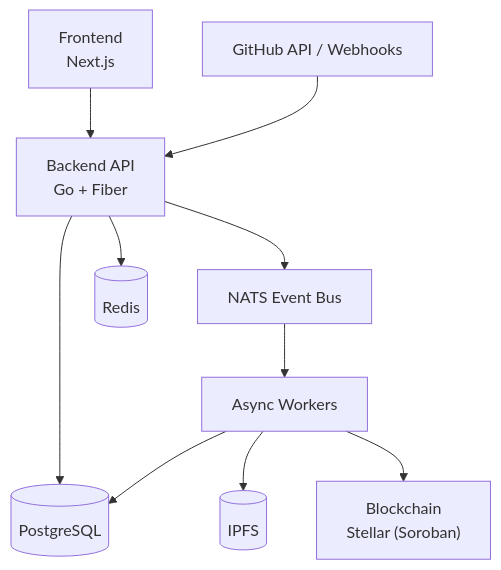
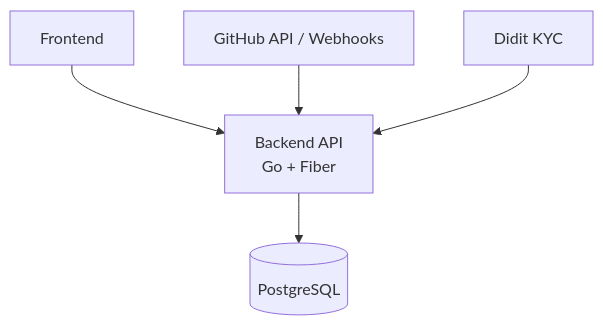
Before and after one commit to Grainlify/Grainlify-Backend: the diagram in README.md, drawn with Mermaid. The commit also changed other lines of this file and 19 other files, not shown here.

````diff
--- a/README.md
+++ b/README.md
@@ -36,23 +35,14 @@
 ```mermaid
 flowchart TB
 
-    FE["Frontend<br>Next.js"]
+    FE["Frontend"]
     API["Backend API<br>Go + Fiber"]
-    BUS[NATS Event Bus]
-    WORKERS[Async Workers]
     DB[(PostgreSQL)]
-    REDIS[(Redis)]
     GH[GitHub API / Webhooks]
-    IPFS[(IPFS)]
-    CHAIN["Blockchain<br>Stellar (Soroban)"]
+    DIDIT[Didit KYC]
 
     FE --> API
     GH --> API
+    DIDIT --> API
     API --> DB
-    API --> REDIS
-    API --> BUS
-    BUS --> WORKERS
-    WORKERS --> DB
-    WORKERS --> IPFS
-    WORKERS --> CHAIN
 ```
````
